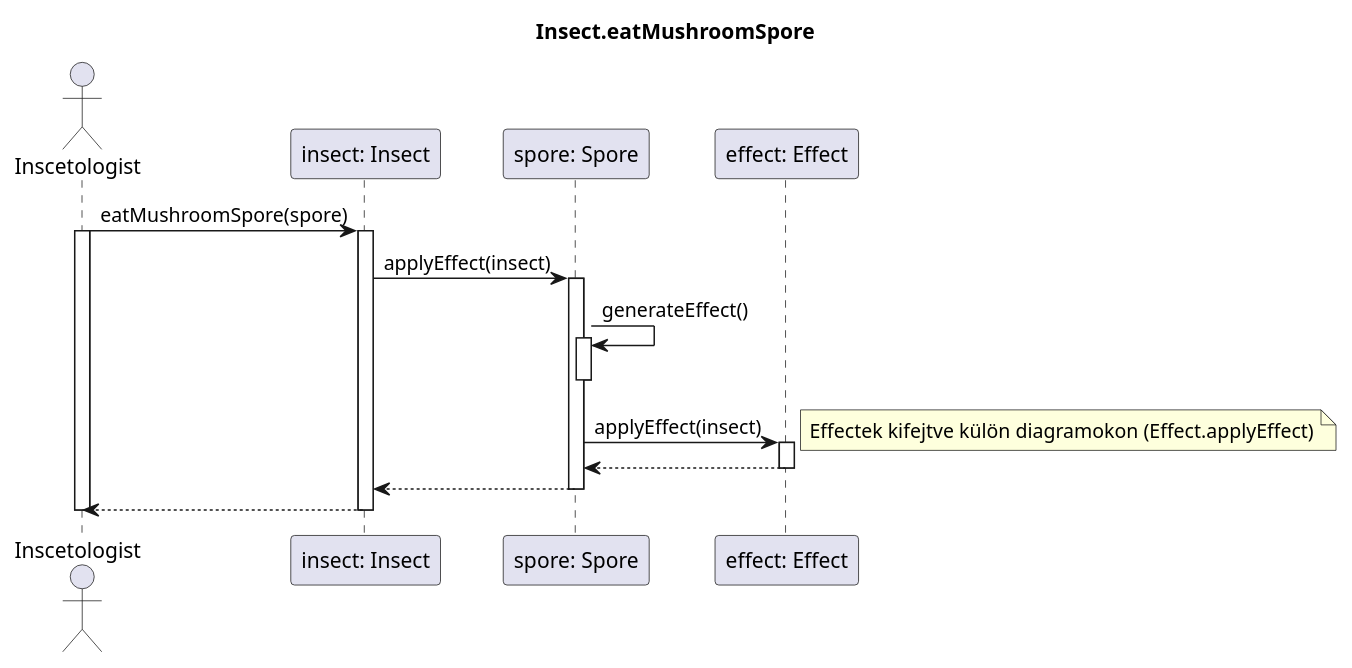
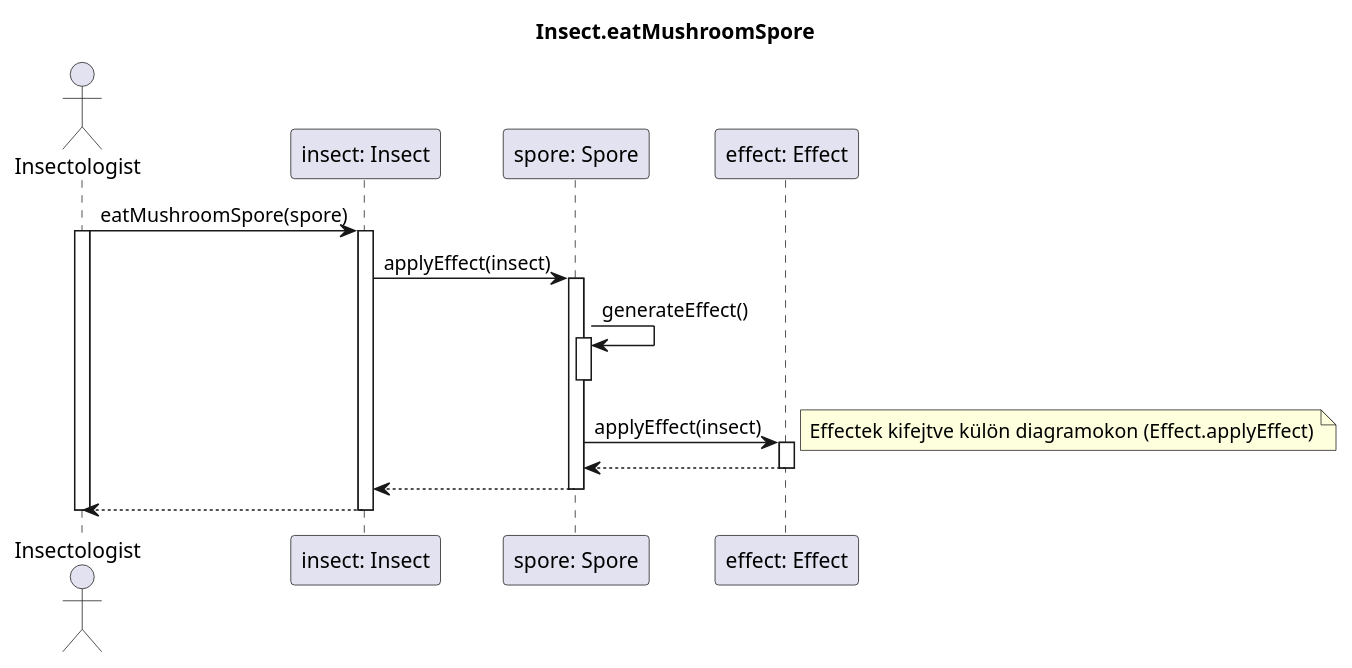
Before and after one commit to dzsem/projlab: the diagram in diagrams/sequence/insect/eatMushroomSpore.plantuml, drawn with PlantUML. The commit also changed 3 other files, not shown here.

```diff
--- a/diagrams/sequence/insect/eatMushroomSpore.plantuml
+++ b/diagrams/sequence/insect/eatMushroomSpore.plantuml
@@ -1,34 +1,34 @@
 @startuml SporeEating
 title Insect.eatMushroomSpore
 
-actor "Inscetologist" as insectologist  
+actor "Insectologist" as insectologist  
 participant "insect: Insect" as insect
 participant "spore: Spore" as spore
 participant "effect: Effect" as effect
 
 insectologist -> insect: eatMushroomSpore(spore)
 activate insectologist
 activate insect
     
 insect->spore : applyEffect(insect)
 activate spore
 
 spore->spore : generateEffect()
 activate spore
 deactivate spore
 
 spore ->effect : applyEffect(insect)
 activate effect
 note right: Effectek kifejtve külön diagramokon (Effect.applyEffect)
 
 spore <-- effect
 deactivate effect
 
 insect <-- spore
 deactivate spore
 
 insectologist <-- insect
 deactivate insect
 deactivate insectologist
 
 @enduml
```
